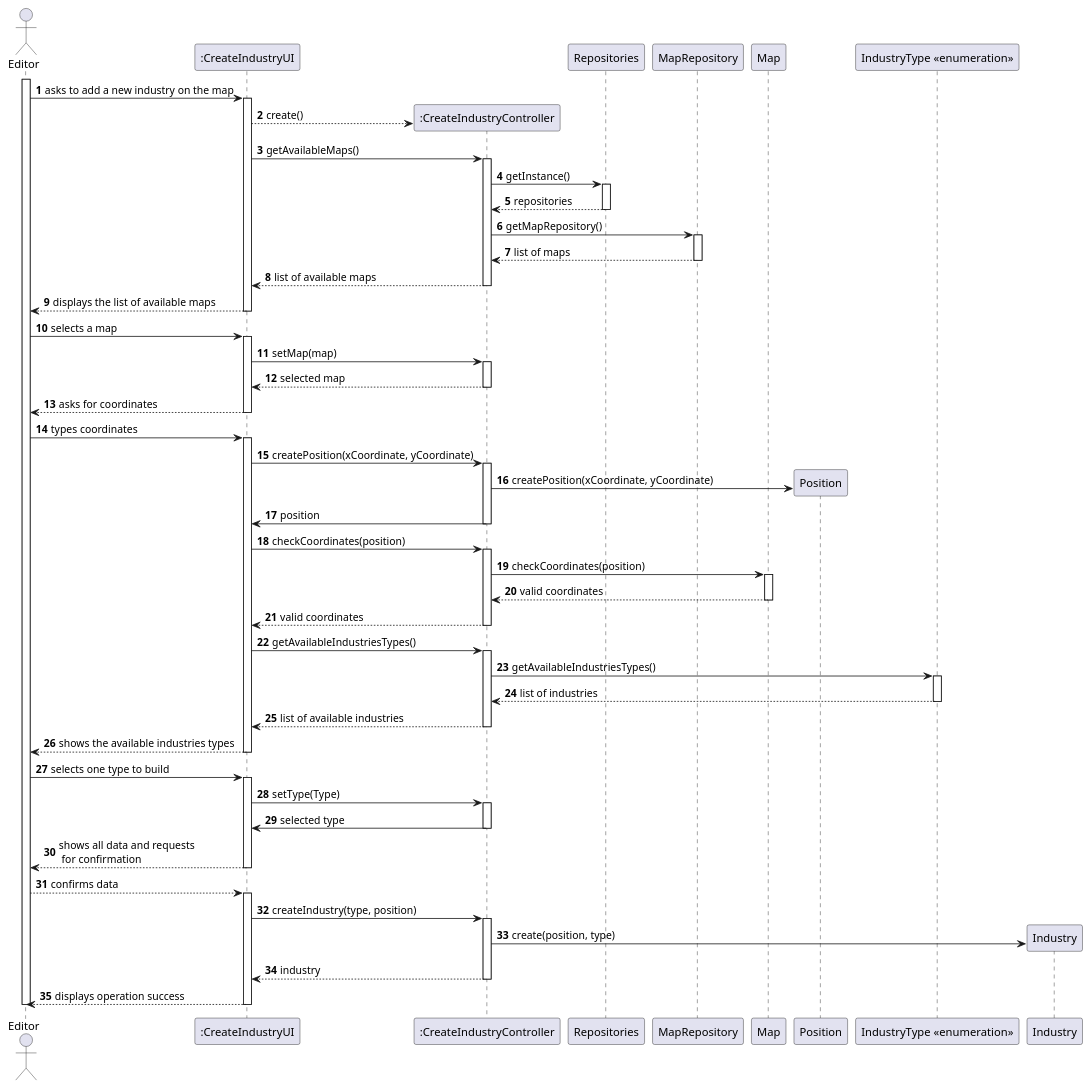
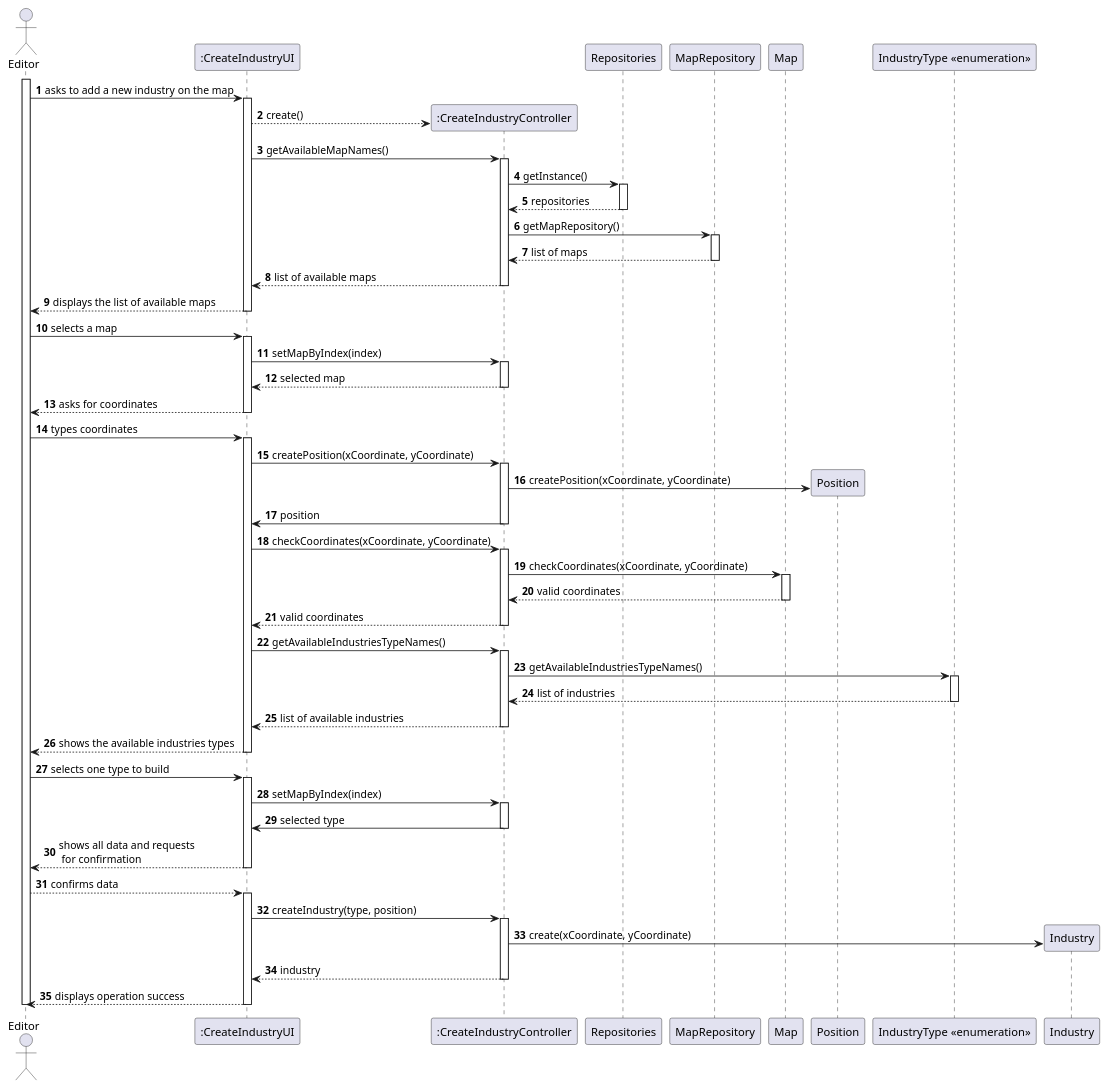
Before and after one commit to 1240935/pi2-railway-simulator: the diagram in Sprint2/US002/03.design/puml/US002-SD-full.puml, drawn with PlantUML. The commit also changed 20 other files, not shown here.

```diff
--- a/Sprint2/US002/03.design/puml/US002-SD-full.puml
+++ b/Sprint2/US002/03.design/puml/US002-SD-full.puml
@@ -1,134 +1,134 @@
 @startuml
 'skinparam monochrome true
 skinparam packageStyle rectangle
 skinparam shadowing false
 
 autonumber
 
  actor "Editor" as EDITOR
     participant ":CreateIndustryUI" as UI
     participant ":CreateIndustryController" as CTRL
     participant "Repositories" as REPOS
     participant "MapRepository" as MREPOS
     participant "Map" as MAP
     participant "Position" as POS
     participant "IndustryType <<enumeration>>" as TYPE
     participant "Industry" as INDUSTRY
 
 
 activate EDITOR
 
     EDITOR -> UI : asks to add a new industry on the map
     activate UI
 
     UI --> CTRL** : create()
 
-    UI -> CTRL : getAvailableMaps()
+    UI -> CTRL : getAvailableMapNames()
     activate CTRL
 
     CTRL -> REPOS : getInstance()
     activate REPOS
 
     REPOS --> CTRL: repositories
     deactivate REPOS
 
     CTRL -> MREPOS : getMapRepository()
     activate MREPOS
 
     MREPOS --> CTRL : list of maps
 
     deactivate MREPOS
 
     CTRL --> UI : list of available maps
     deactivate CTRL
 
     UI --> EDITOR : displays the list of available maps
 
     deactivate UI
 
     EDITOR -> UI : selects a map
 
     activate UI
 
-    UI -> CTRL : setMap(map)
+    UI -> CTRL : setMapByIndex(index)
     activate CTRL
 
     CTRL --> UI : selected map
     deactivate CTRL
 
     UI --> EDITOR : asks for coordinates
     deactivate UI
 
     EDITOR -> UI : types coordinates
     activate UI
 
     UI -> CTRL : createPosition(xCoordinate, yCoordinate)
     activate CTRL
 
     CTRL ->POS** : createPosition(xCoordinate, yCoordinate)
 
 
     CTRL -> UI : position
     deactivate CTRL
 
-    UI -> CTRL: checkCoordinates(position)
+    UI -> CTRL: checkCoordinates(xCoordinate, yCoordinate)
     activate CTRL
 
 
-    CTRL -> MAP : checkCoordinates(position)
+    CTRL -> MAP : checkCoordinates(xCoordinate, yCoordinate)
     activate MAP
 
     MAP --> CTRL : valid coordinates
     deactivate MAP
 
     CTRL --> UI : valid coordinates
     deactivate CTRL
 
-    UI -> CTRL : getAvailableIndustriesTypes()
+    UI -> CTRL : getAvailableIndustriesTypeNames()
     activate CTRL
 
-    CTRL -> TYPE : getAvailableIndustriesTypes()
+    CTRL -> TYPE : getAvailableIndustriesTypeNames()
     activate TYPE
 
     TYPE --> CTRL: list of industries
     deactivate TYPE
 
 
     CTRL --> UI : list of available industries
 
     deactivate CTRL
 
     UI --> EDITOR :shows the available industries types
 
     deactivate UI
 
     EDITOR -> UI :selects one type to build
     activate UI
 
-    UI -> CTRL : setType(Type)
+    UI -> CTRL : setMapByIndex(index)
     activate CTRL
 
     CTRL -> UI : selected type
     deactivate CTRL
 
 
 
     UI --> EDITOR: shows all data and requests \n for confirmation
     deactivate  UI
 
     EDITOR --> UI: confirms data
     activate UI
 
     UI -> CTRL : createIndustry(type, position)
     activate CTRL
 
-    CTRL -> INDUSTRY** : create(position, type)
+    CTRL -> INDUSTRY** : create(xCoordinate, yCoordinate)
     
 
     CTRL --> UI : industry
     deactivate CTRL
 
     UI --> EDITOR : displays operation success
     deactivate UI
     deactivate EDITOR
 @enduml
```
